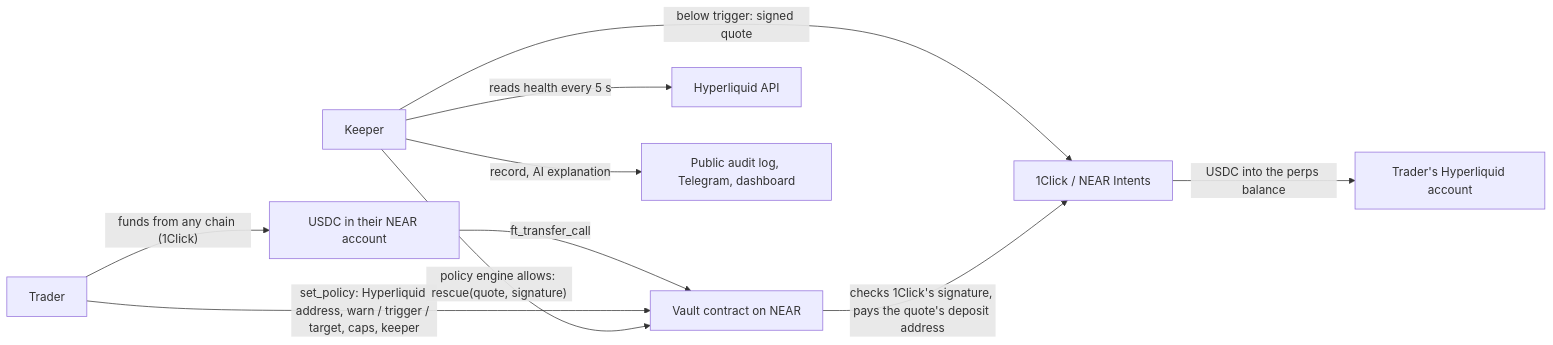
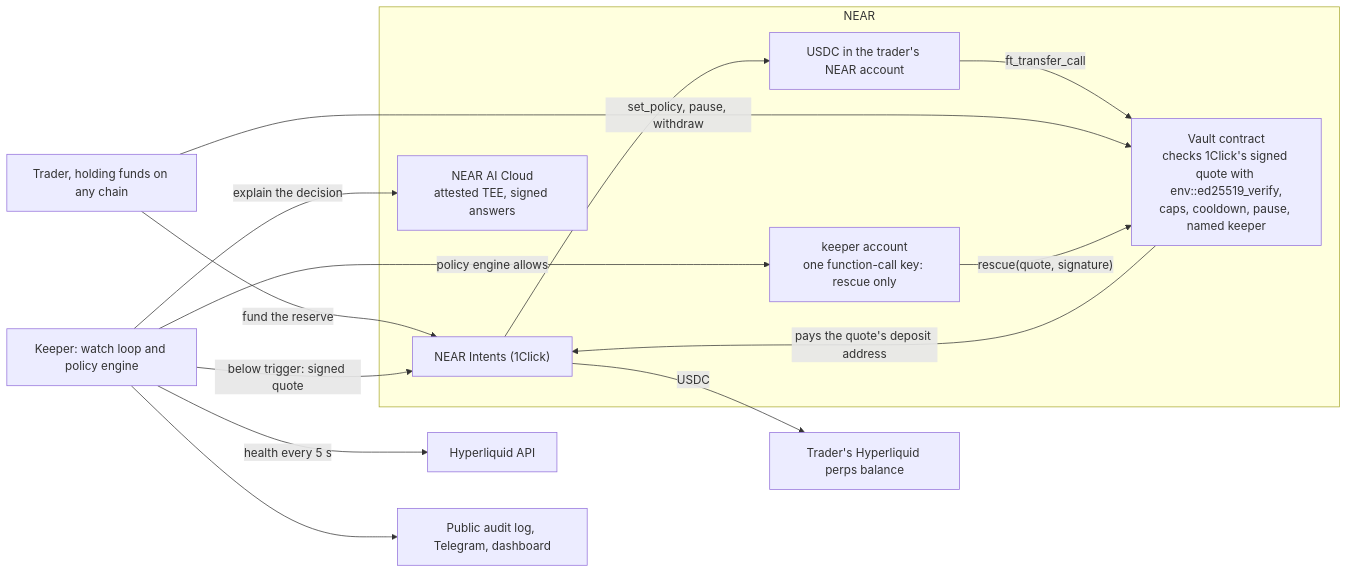
The diagram in README.md (Prashant-thakur77/LifeLine), drawn with Mermaid before and after one commit. The commit also changed other lines of this file and 4 other files, not shown here.

First line of the commit message:
README: a five-minute verification path, NEAR's role, test counts and backtest charts (#25)

````diff
--- a/README.md
+++ b/README.md
@@ -34,12 +61,28 @@
 ```mermaid
 flowchart LR
-    U[Trader] -- "funds from any chain (1Click)" --> R[USDC in their NEAR account]
-    R -- "ft_transfer_call" --> V[Vault contract on NEAR]
-    U -- "set_policy: Hyperliquid address, warn / trigger / target, caps, keeper" --> V
-    K[Keeper] -- "reads health every 5 s" --> H[Hyperliquid API]
-    K -- "below trigger: signed quote" --> Q[1Click / NEAR Intents]
-    K -- "policy engine allows: rescue(quote, signature)" --> V
-    V -- "checks 1Click's signature, pays the quote's deposit address" --> Q
-    Q -- "USDC into the perps balance" --> HL[Trader's Hyperliquid account]
-    K -- "record, AI explanation" --> L[Public audit log, Telegram, dashboard]
+    U["Trader, holding funds on any chain"]
+    subgraph NEAR["NEAR"]
+        I["NEAR Intents (1Click)"]
+        R["USDC in the trader's NEAR account"]
+        V["Vault contract<br/>checks 1Click's signed quote with env::ed25519_verify,<br/>caps, cooldown, pause, named keeper"]
+        KK["keeper account<br/>one function-call key: rescue only"]
+        AI["NEAR AI Cloud<br/>attested TEE, signed answers"]
+    end
+    K["Keeper: watch loop and policy engine"]
+    H["Hyperliquid API"]
+    HL["Trader's Hyperliquid perps balance"]
+    L["Public audit log, Telegram, dashboard"]
+
+    U -- "fund the reserve" --> I
+    I --> R
+    R -- "ft_transfer_call" --> V
+    U -- "set_policy, pause, withdraw" --> V
+    K -- "health every 5 s" --> H
+    K -- "below trigger: signed quote" --> I
+    K -- "policy engine allows" --> KK
+    KK -- "rescue(quote, signature)" --> V
+    V -- "pays the quote's deposit address" --> I
+    I -- "USDC" --> HL
+    K -- "explain the decision" --> AI
+    K --> L
 ```
````
